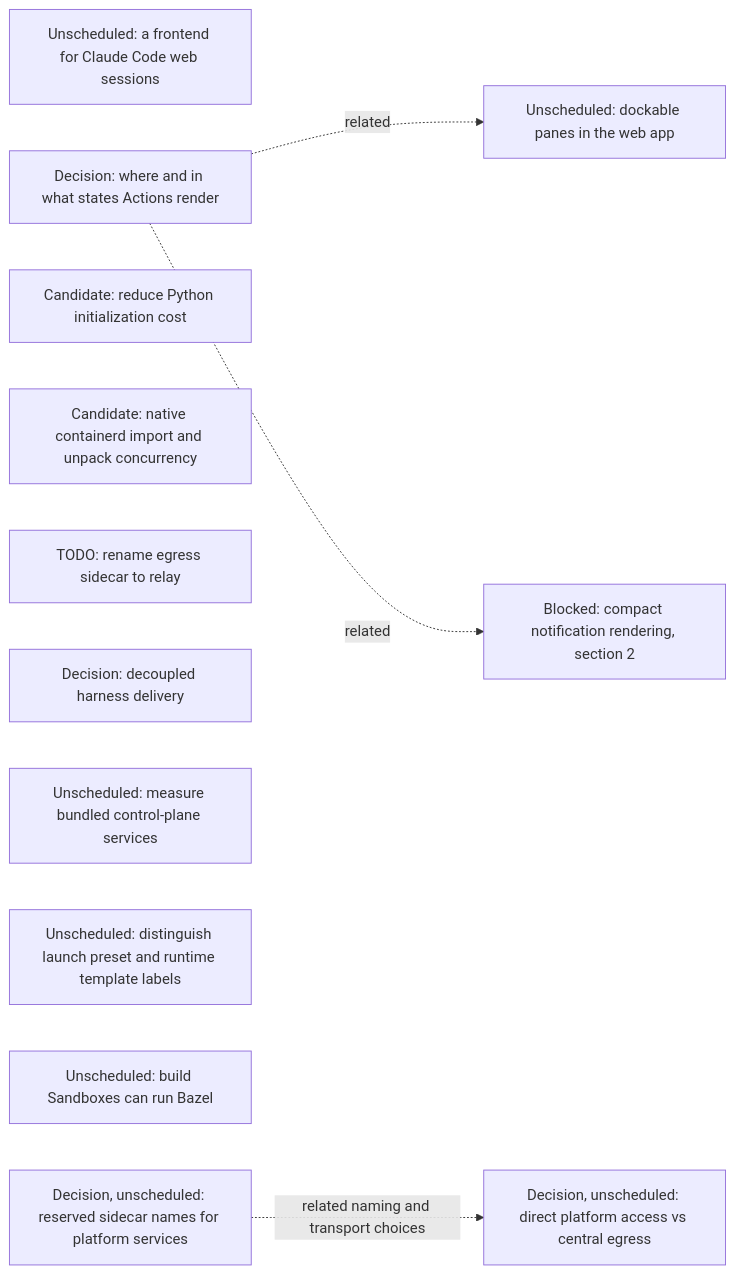
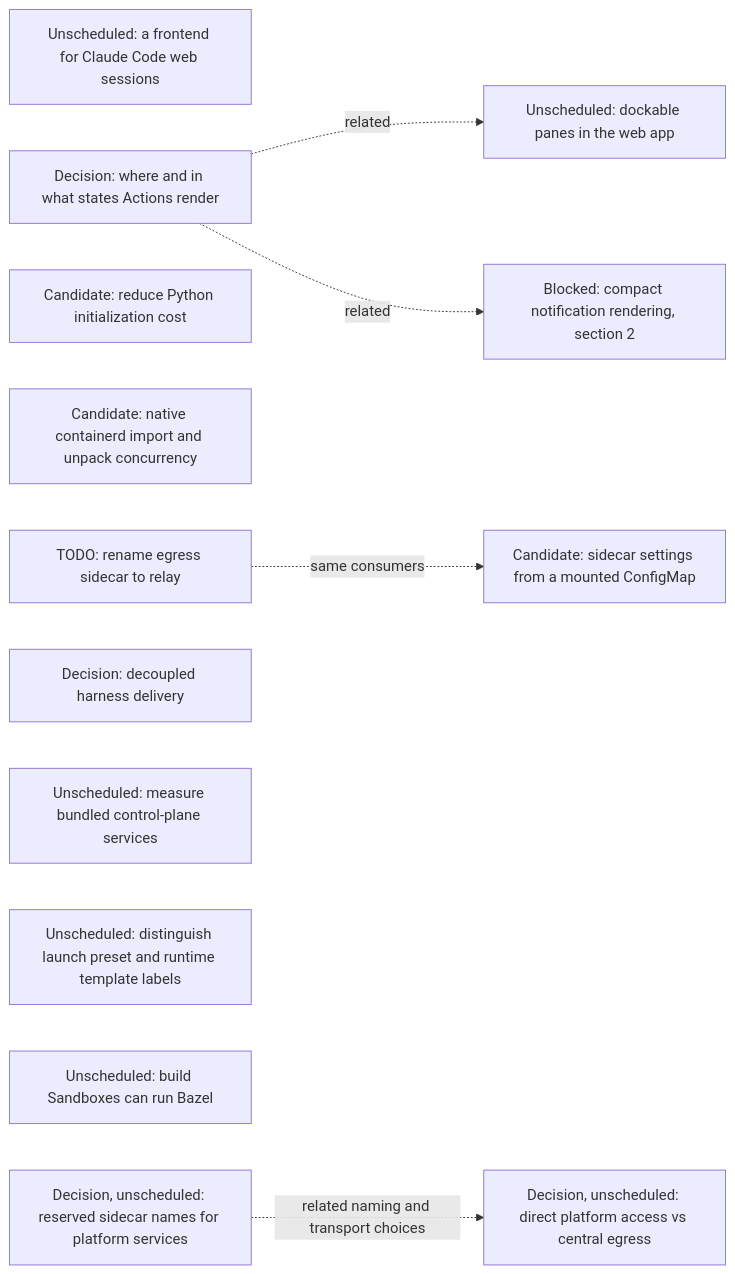
The seventh of 16 diagrams in agentplane/plans/task_dag.md (agentydragon/ducktape), drawn with Mermaid before and after one commit. The commit also changed other lines of this file and 49 other files, not shown here.

````diff
--- a/agentplane/plans/task_dag.md
+++ b/agentplane/plans/task_dag.md
@@ -796,19 +796,21 @@
 ```mermaid
 flowchart LR
     CLAUDE_CODE_WEB_BRIDGE[Unscheduled: a frontend for Claude Code web sessions]
     ACTION_SURFACES_DESIGN[Decision: where and in what states Actions render]
     K3S_PYTHON_INITIALIZATION[Candidate: reduce Python initialization cost]
     K3S_IMPORT_CONCURRENCY[Candidate: native containerd import and unpack concurrency]
     EGRESS_RELAY_RENAME[TODO: rename egress sidecar to relay]
+    EGRESS_RELAY_CONFIGMAP[Candidate: sidecar settings from a mounted ConfigMap]
+    EGRESS_RELAY_RENAME -. same consumers .-> EGRESS_RELAY_CONFIGMAP
     RUNNER_HARNESS_DELIVERY_DESIGN[Decision: decoupled harness delivery]
     K3S_BUNDLED_SERVICES_SPIKE[Unscheduled: measure bundled control-plane services]
     DOCKABLE_PANES[Unscheduled: dockable panes in the web app]
     ACTION_SURFACES_DESIGN -. related .-> DOCKABLE_PANES
     NOTIFICATION_PRESENTATION[Blocked: compact notification rendering, section 2]
     ACTION_SURFACES_DESIGN -. related .-> NOTIFICATION_PRESENTATION
     SANDBOX_FORM_TERMINOLOGY[Unscheduled: distinguish launch preset and runtime template labels]
     BUILD_BOX_BAZEL[Unscheduled: build Sandboxes can run Bazel]
     PLATFORM_SERVICE_NAMES_DESIGN[Decision, unscheduled: reserved sidecar names for platform services]
     PLATFORM_SERVICE_ROUTING_DESIGN[Decision, unscheduled: direct platform access vs central egress]
     PLATFORM_SERVICE_NAMES_DESIGN -. related naming and transport choices .-> PLATFORM_SERVICE_ROUTING_DESIGN
 ```
````
